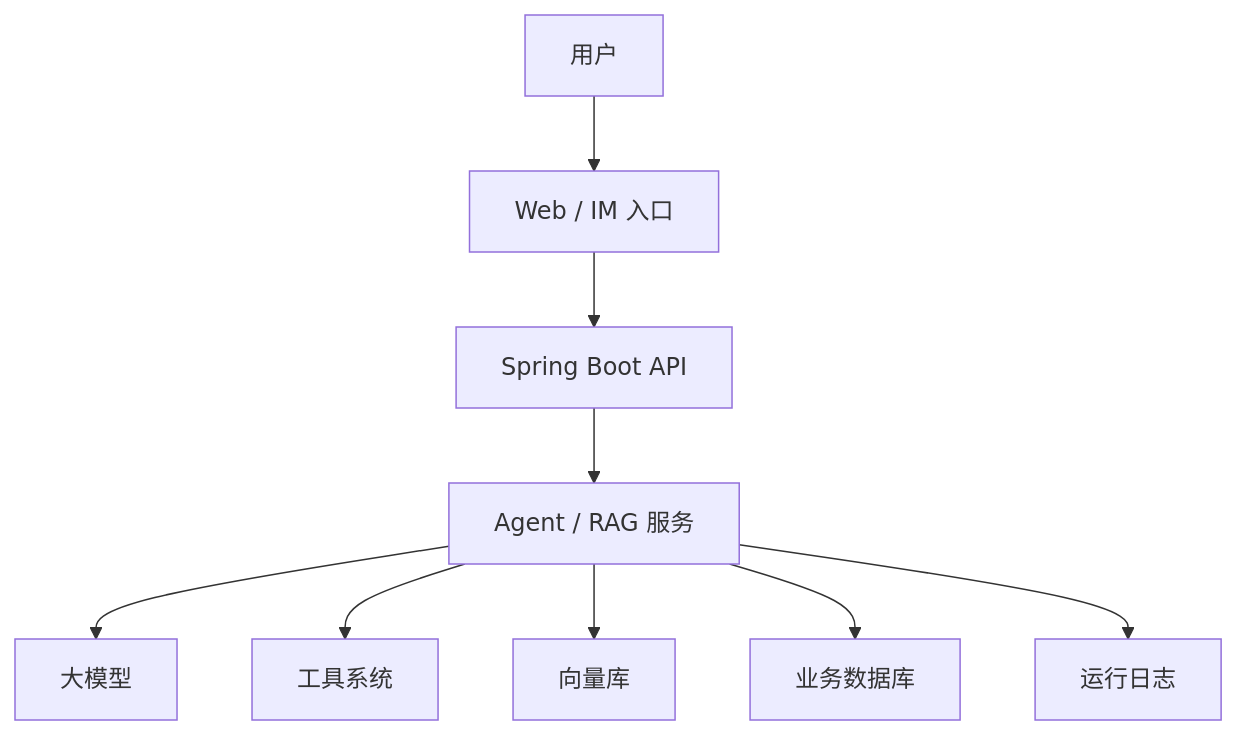
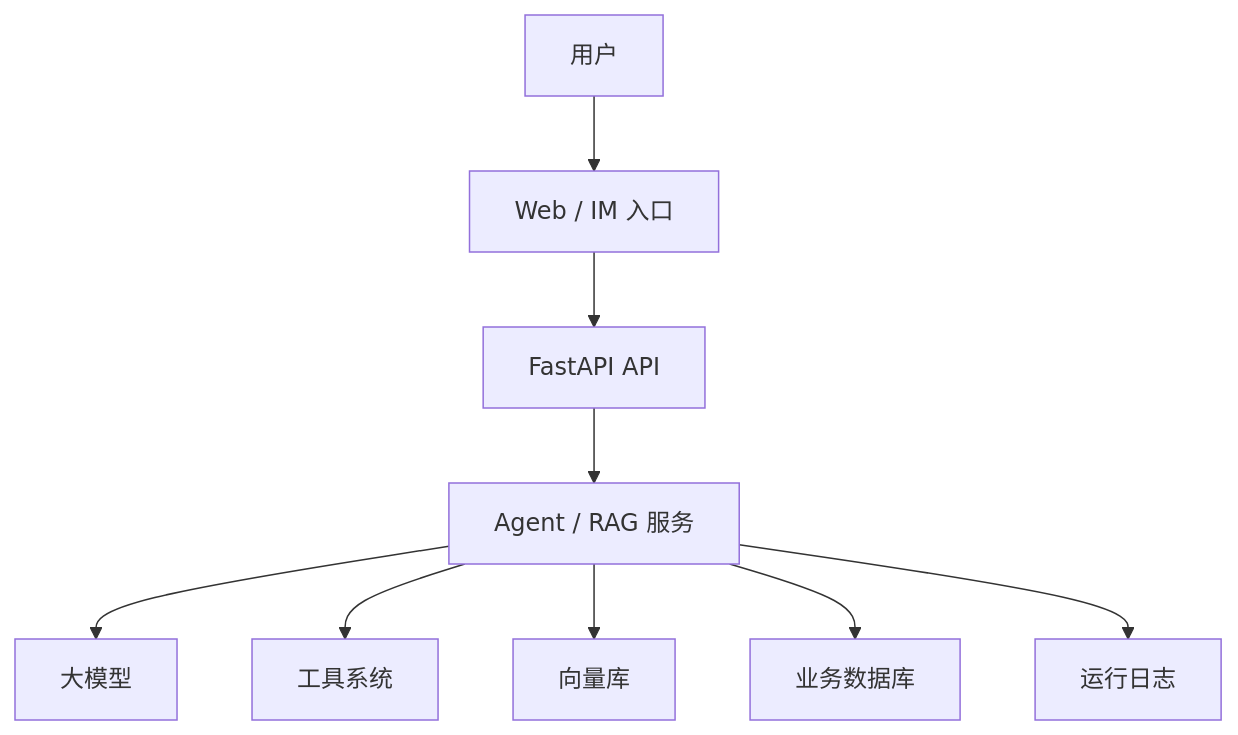
One commit to yanishuang/learn_ai_agent changed the sixth of 6 diagrams in chapters/01-ai-agent-overview.md. Above: the diagram before and after it, drawn with Mermaid. The commit also changed other lines of this file and 12 other files, not shown here.

````diff
--- a/chapters/01-ai-agent-overview.md
+++ b/chapters/01-ai-agent-overview.md
@@ -736,11 +737,11 @@
 ```mermaid
 flowchart TD
     User["用户"] --> Web["Web / IM 入口"]
-    Web --> API["Spring Boot API"]
+    Web --> API["FastAPI API"]
     API --> Agent["Agent / RAG 服务"]
     Agent --> Model["大模型"]
     Agent --> Tool["工具系统"]
     Agent --> Vector["向量库"]
     Agent --> DB["业务数据库"]
     Agent --> Log["运行日志"]
 ```
````
